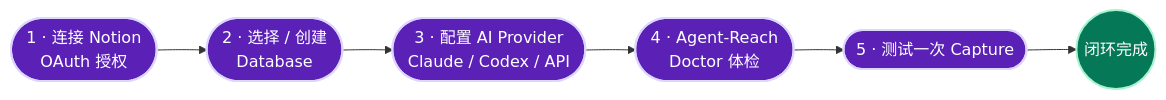
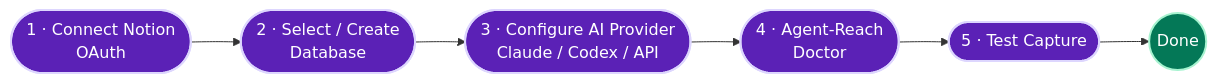
Before and after one commit to AliceDel66/ReachNote: the fifth of 5 diagrams in README.md, drawn with Mermaid. The commit also changed other lines of this file and 33 other files, not shown here.

````diff
--- a/README.md
+++ b/README.md
@@ -255,12 +291,12 @@
 ```mermaid
 flowchart LR
     classDef step fill:#5b21b6,stroke:#ddd6fe,stroke-width:2px,color:#fff
     classDef done fill:#047857,stroke:#a7f3d0,stroke-width:2px,color:#fff
 
-    A(["1 · 连接 Notion<br/>OAuth 授权"]):::step
-    A --> B(["2 · 选择 / 创建<br/>Database"]):::step
-    B --> C(["3 · 配置 AI Provider<br/>Claude / Codex / API"]):::step
-    C --> D(["4 · Agent-Reach<br/>Doctor 体检"]):::step
-    D --> E(["5 · 测试一次 Capture"]):::step
-    E --> F((闭环完成)):::done
+    A(["1 · Connect Notion<br/>OAuth"]):::step
+    A --> B(["2 · Select / Create<br/>Database"]):::step
+    B --> C(["3 · Configure AI Provider<br/>Claude / Codex / API"]):::step
+    C --> D(["4 · Agent-Reach<br/>Doctor"]):::step
+    D --> E(["5 · Test Capture"]):::step
+    E --> F((Done)):::done
 ```
````
